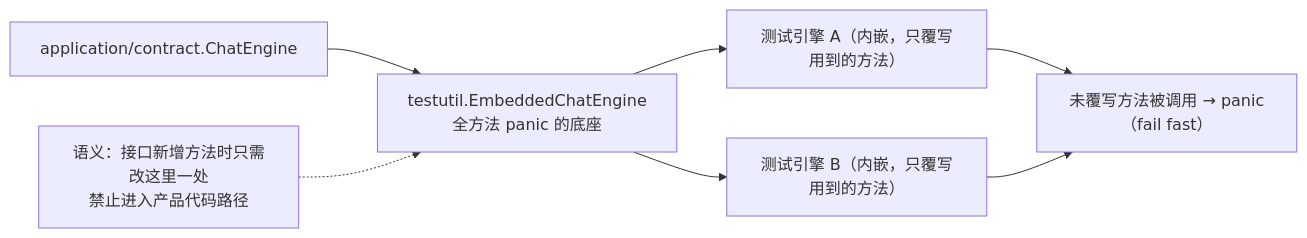
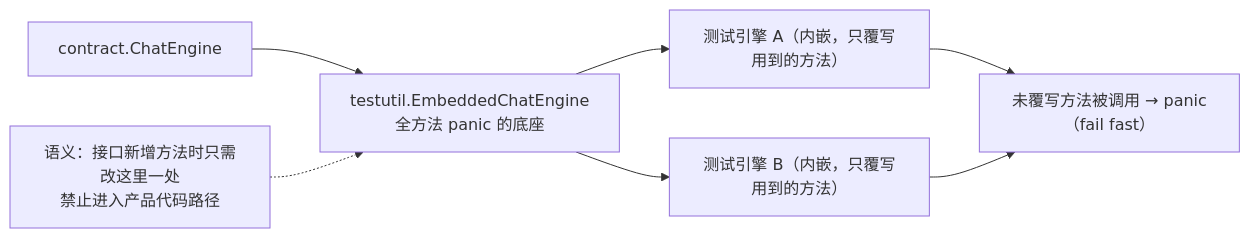
Before and after one commit to RedHuang-0622/seelex: the diagram in internal/testutil/README.md, drawn with Mermaid. The commit also changed other lines of this file and 1013 other files, not shown here.

````diff
--- a/internal/testutil/README.md
+++ b/internal/testutil/README.md
@@ -11,9 +11,9 @@
 ```mermaid
 flowchart LR
-    IFACE["application/contract.ChatEngine"] --> EMB["testutil.EmbeddedChatEngine<br/>全方法 panic 的底座"]
+    IFACE["contract.ChatEngine"] --> EMB["testutil.EmbeddedChatEngine<br/>全方法 panic 的底座"]
     EMB --> T1["测试引擎 A（内嵌，只覆写用到的方法）"]
     EMB --> T2["测试引擎 B（内嵌，只覆写用到的方法）"]
     T1 --> PANIC["未覆写方法被调用 → panic（fail fast）"]
     T2 --> PANIC
     NOTE["语义：接口新增方法时只需改这里一处<br/>禁止进入产品代码路径"] -.-> EMB
 ```
````
